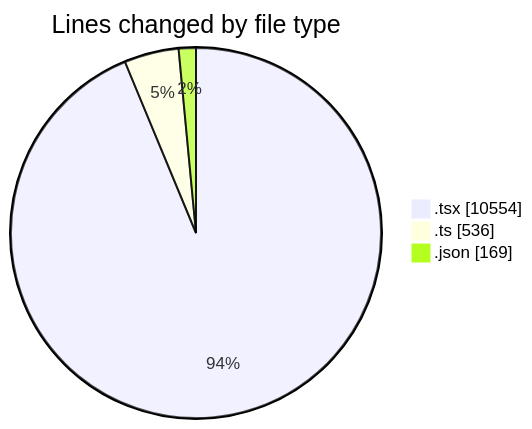
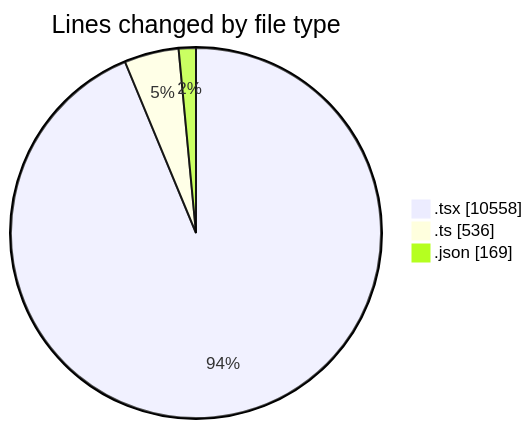
One commit to robertbonfada/code-tracking changed the first of 2 diagrams in 2025-02-18/mbc-web/README.md. Above: the diagram before and after it, drawn with Mermaid. The commit also changed other lines of this file and 1 other file, not shown here.

````diff
--- a/2025-02-18/mbc-web/README.md
+++ b/2025-02-18/mbc-web/README.md
@@ -136,7 +136,7 @@
 ```mermaid
 pie showData
 title Lines changed by file type
-".tsx" : 10554
+".tsx" : 10558
 ".ts" : 536
 ".json" : 169
 ```
````
